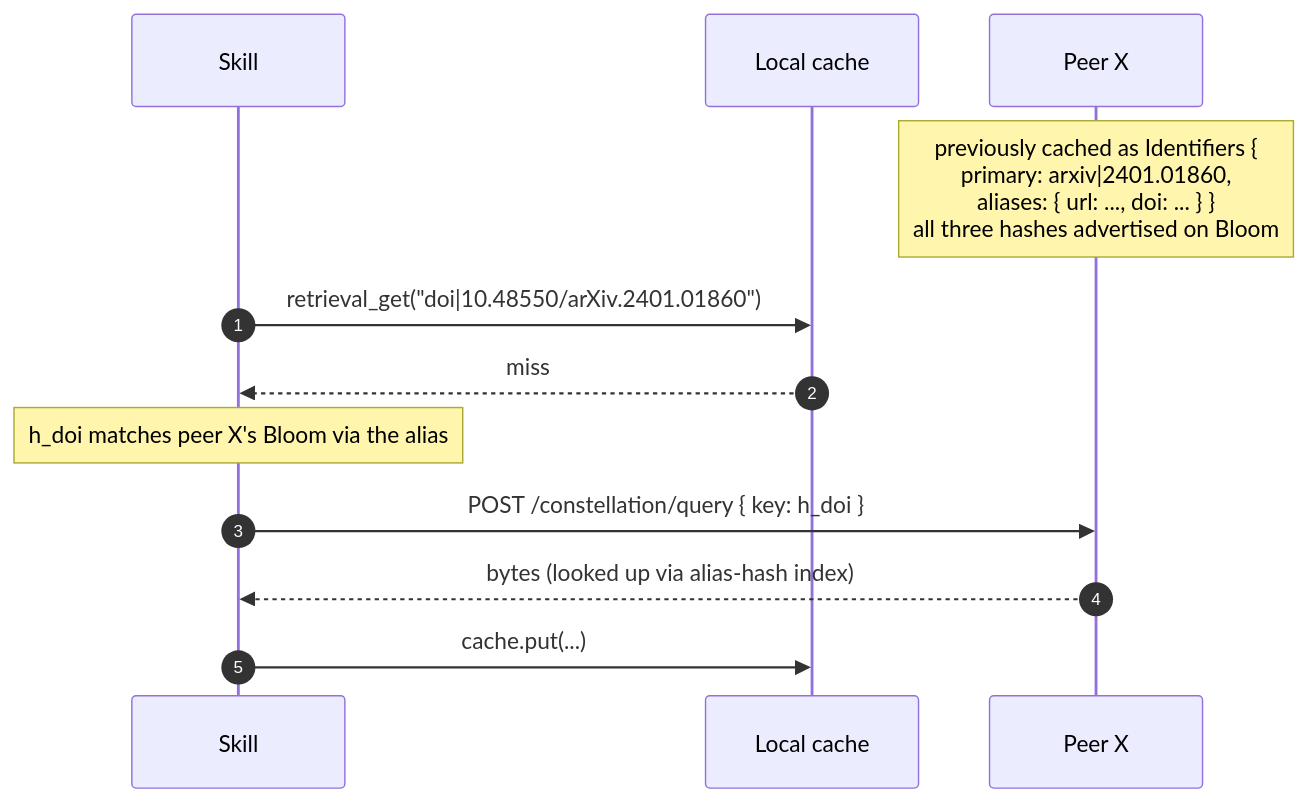
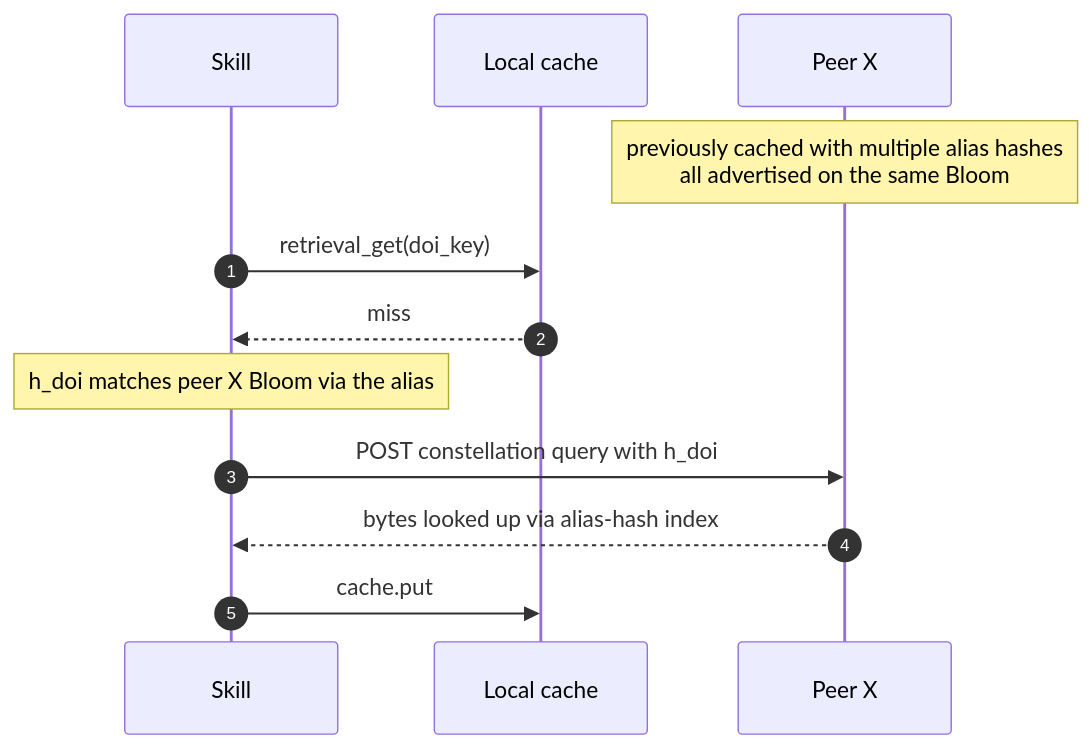
Before and after one commit to elyerinfox/lodestone-mcp: the fifth of 10 diagrams in docs/constellation.md, drawn with Mermaid. The commit also changed other lines of this file, not shown here.

First line of the commit message:
constellation: scrub remaining Mermaid parse hazards in Path F/G

````diff
--- a/docs/constellation.md
+++ b/docs/constellation.md
@@ -299,14 +299,14 @@
 ```mermaid
 sequenceDiagram
     autonumber
     participant S as Skill
     participant L as Local cache
     participant P as Peer X
-    Note over P: previously cached as Identifiers {<br/>primary: arxiv|2401.01860,<br/>aliases: { url: ..., doi: ... } }<br/>all three hashes advertised on Bloom
-    S->>L: retrieval_get("doi|10.48550/arXiv.2401.01860")
+    Note over P: previously cached with multiple alias hashes<br/>all advertised on the same Bloom
+    S->>L: retrieval_get(doi_key)
     L-->>S: miss
-    Note over S: h_doi matches peer X's Bloom via the alias
-    S->>P: POST /constellation/query { key: h_doi }
-    P-->>S: bytes (looked up via alias-hash index)
-    S->>L: cache.put(...)
+    Note over S: h_doi matches peer X Bloom via the alias
+    S->>P: POST constellation query with h_doi
+    P-->>S: bytes looked up via alias-hash index
+    S->>L: cache.put
 ```
````
